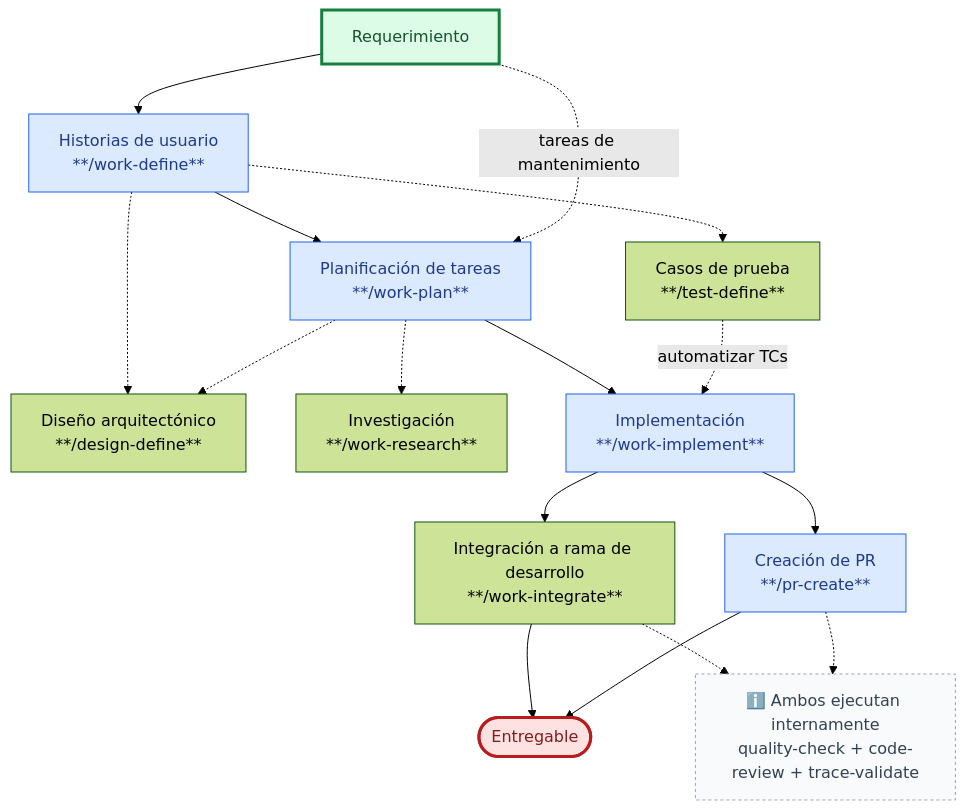
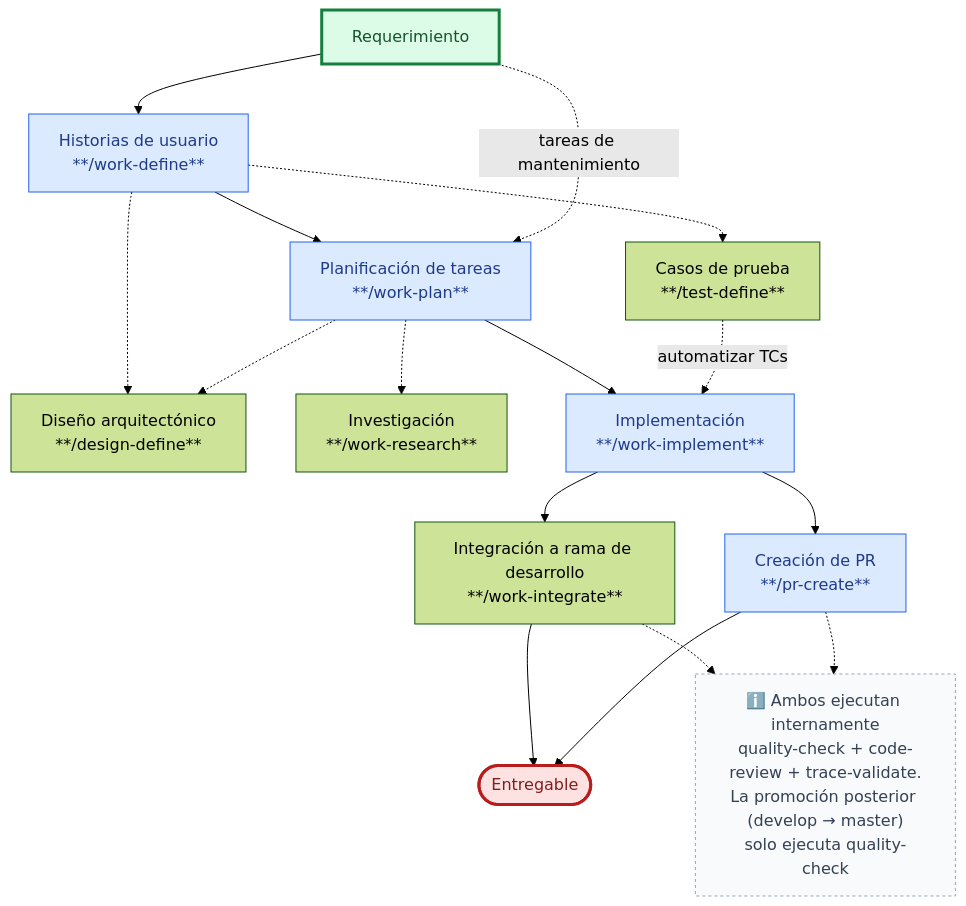
One commit to juanca202/ai changed the second of 3 diagrams in README.md. Above: the diagram before and after it, drawn with Mermaid (forest theme). The commit also changed other lines of this file and 18 other files, not shown here.

````diff
--- a/README.md
+++ b/README.md
@@ -121,28 +121,28 @@
 ```mermaid
 flowchart TD
     A[Requerimiento] --> B["Historias de usuario<br/>**/work-define**"]
     B -.-> C["Casos de prueba<br/>**/test-define**"]
     B -.-> D["Diseño arquitectónico<br/>**/design-define**"]
     B --> E["Planificación de tareas<br/>**/work-plan**"]
     A -.->|tareas de mantenimiento| E
     E -.-> F["Investigación<br/>**/work-research**"]
     E -.-> D
     E --> G["Implementación<br/>**/work-implement**"]
     C -.->|automatizar TCs| G
     G --> H["Integración a rama de desarrollo<br/>**/work-integrate**"]
     G --> I["Creación de PR<br/>**/pr-create**"]
     H --> J(["Entregable"])
     I --> J
-    NOTE["ℹ️ Ambos ejecutan internamente<br/>quality-check + code-review + trace-validate"]
+    NOTE["ℹ️ Ambos ejecutan internamente<br/>quality-check + code-review + trace-validate.<br/>La promoción posterior (develop → master)<br/>solo ejecuta quality-check"]
     H -.-> NOTE
     I -.-> NOTE
 
     classDef main fill:#dbeafe,stroke:#2563eb,color:#1e3a8a
     classDef entryPoint fill:#dcfce7,stroke:#15803d,stroke-width:3px,color:#14532d
     classDef exitPoint fill:#fee2e2,stroke:#b91c1c,stroke-width:3px,color:#7f1d1d
     classDef note fill:#f8fafc,stroke:#94a3b8,stroke-width:1px,stroke-dasharray:3 3,color:#334155
     class B,E,G,I main
     class A entryPoint
     class J exitPoint
     class NOTE note
 ```
````
